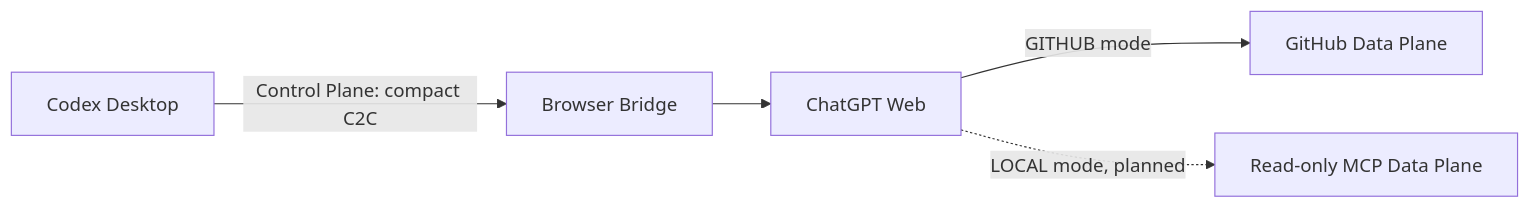
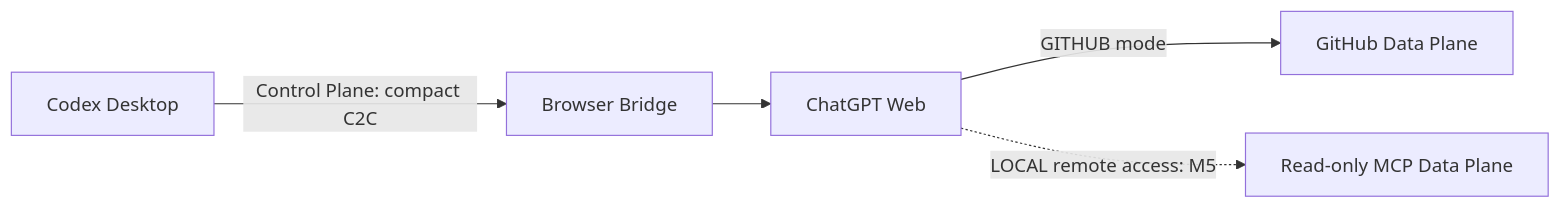
Before and after one commit to Jickfu/codex-duet: the diagram in docs/data-plane.md, drawn with Mermaid. The commit also changed other lines of this file and 4 other files, not shown here.

````diff
--- a/docs/data-plane.md
+++ b/docs/data-plane.md
@@ -11,7 +11,7 @@
 ```mermaid
 flowchart LR
     C[Codex Desktop] -->|Control Plane: compact C2C| B[Browser Bridge]
     B --> W[ChatGPT Web]
     W -->|GITHUB mode| G[GitHub Data Plane]
-    W -.->|LOCAL mode, planned| M[Read-only MCP Data Plane]
+    W -.->|LOCAL remote access: M5| M[Read-only MCP Data Plane]
 ```
````
